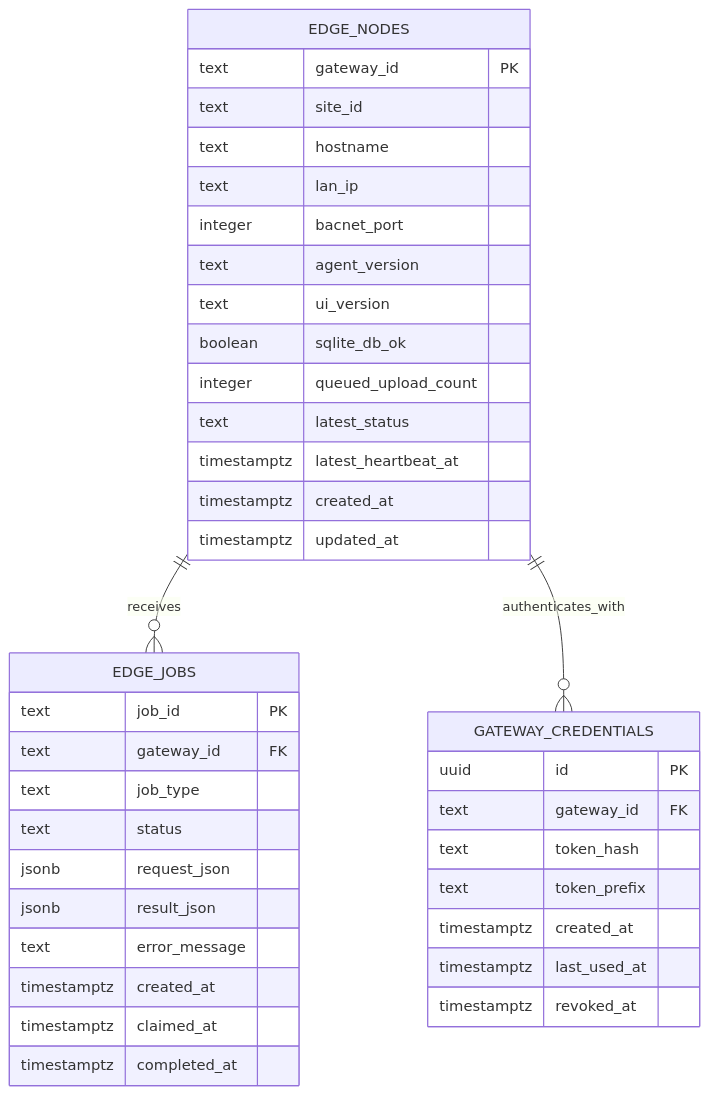
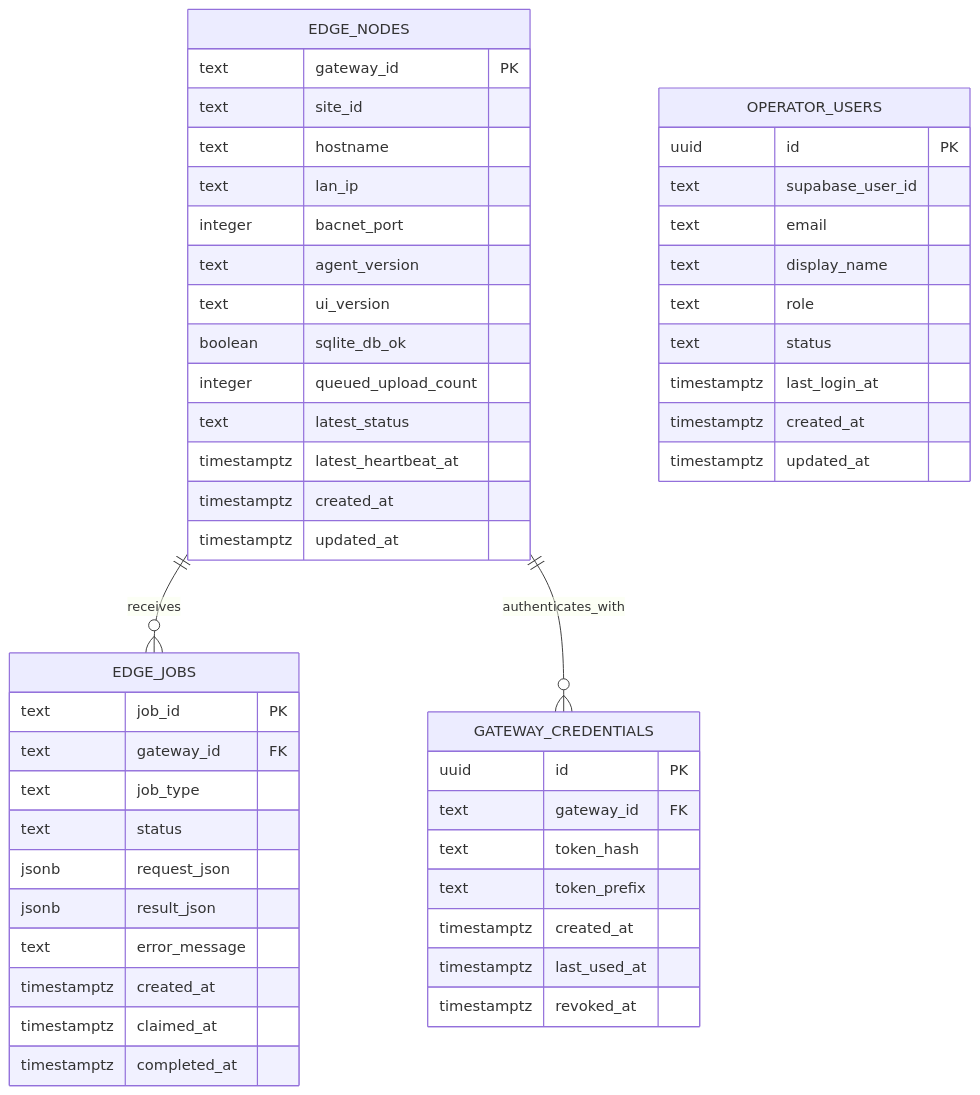
The first of 2 diagrams in docs/ERD.md (ssmithiot/iot-cloud-commissioning), drawn with Mermaid before and after one commit. The commit also changed other lines of this file and 15 other files, not shown here.

Commit message:
Add Supabase operator roles foundation

````diff
--- a/docs/ERD.md
+++ b/docs/ERD.md
@@ -49,44 +51,56 @@
 ```mermaid
 erDiagram
     EDGE_NODES ||--o{ EDGE_JOBS : receives
     EDGE_NODES ||--o{ GATEWAY_CREDENTIALS : authenticates_with
 
     EDGE_NODES {
         text gateway_id PK
         text site_id
         text hostname
         text lan_ip
         integer bacnet_port
         text agent_version
         text ui_version
         boolean sqlite_db_ok
         integer queued_upload_count
         text latest_status
         timestamptz latest_heartbeat_at
         timestamptz created_at
         timestamptz updated_at
     }
 
     GATEWAY_CREDENTIALS {
         uuid id PK
         text gateway_id FK
         text token_hash
         text token_prefix
         timestamptz created_at
         timestamptz last_used_at
         timestamptz revoked_at
     }
 
     EDGE_JOBS {
         text job_id PK
         text gateway_id FK
         text job_type
         text status
         jsonb request_json
         jsonb result_json
         text error_message
         timestamptz created_at
         timestamptz claimed_at
         timestamptz completed_at
     }
+
+    OPERATOR_USERS {
+        uuid id PK
+        text supabase_user_id
+        text email
+        text display_name
+        text role
+        text status
+        timestamptz last_login_at
+        timestamptz created_at
+        timestamptz updated_at
+    }
 ```
````
